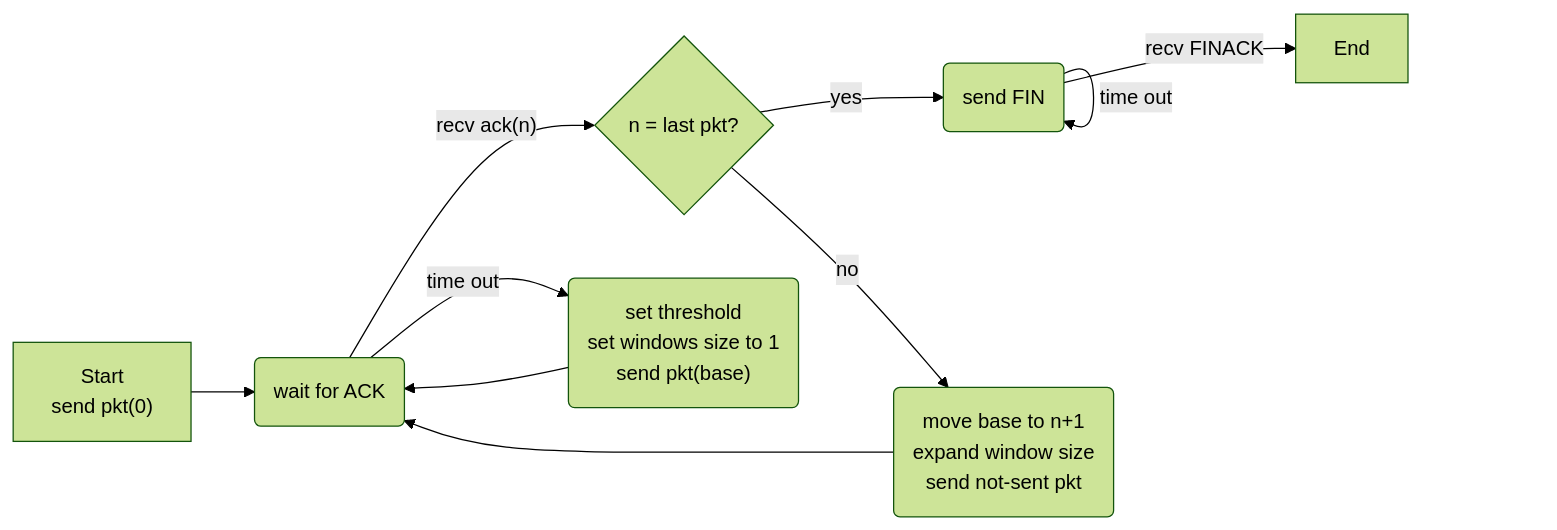
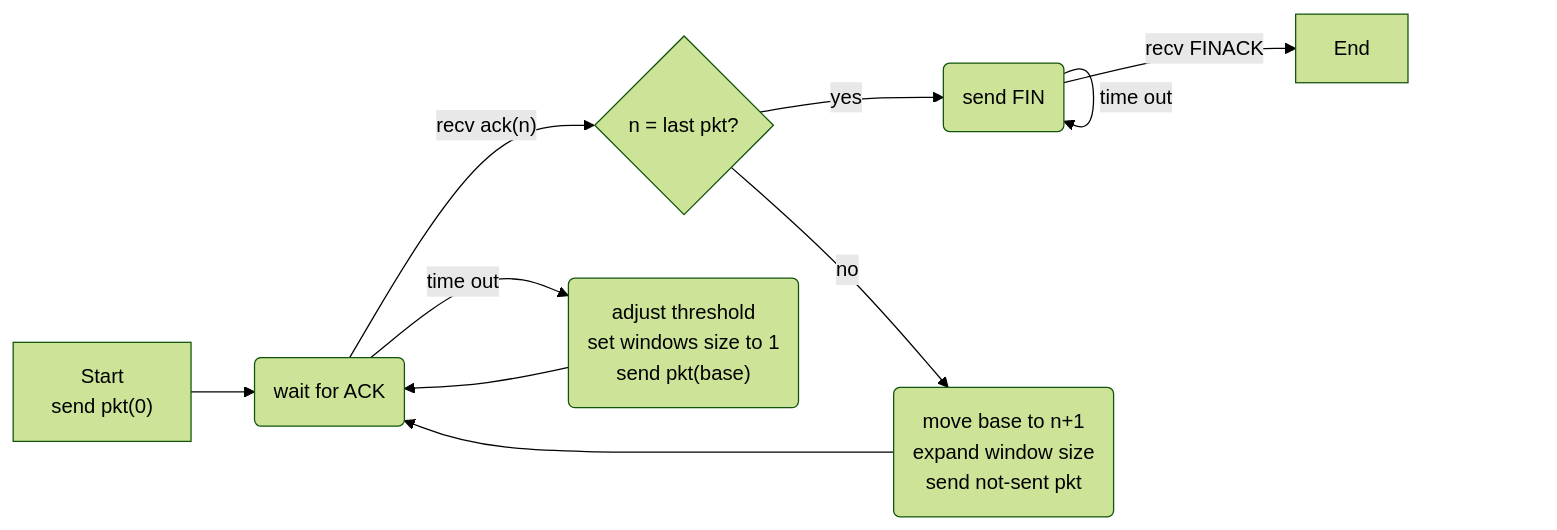
The first of 3 diagrams in report.md (henlium/CN_HW2_2017), drawn with Mermaid (forest theme) before and after one commit. The commit also changed other lines of this file and 1 other file, not shown here.

````diff
--- a/report.md
+++ b/report.md
@@ -42,12 +43,12 @@
   ```mermaid
   graph LR
   S["Start<br>send pkt(0)"]-->B(wait for ACK)
   B -->|"recv ack(n)"| C{n = last pkt?}
   C-->|yes|E(send FIN)
   E-->|time out|E
   E-->|recv FINACK|End
   C-->|no|F(move base to n+1<br>expand window size<br>send not-sent pkt)
   F-->B
-  B-->|time out|T("set threshold<br>set windows size to 1<br>send pkt(base)")
+  B-->|time out|T("adjust threshold<br>set windows size to 1<br>send pkt(base)")
   T-->B
   ```
````
